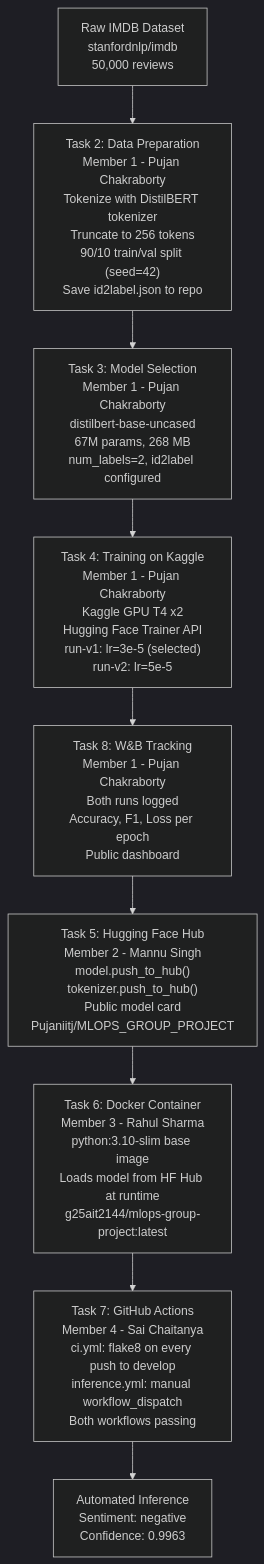
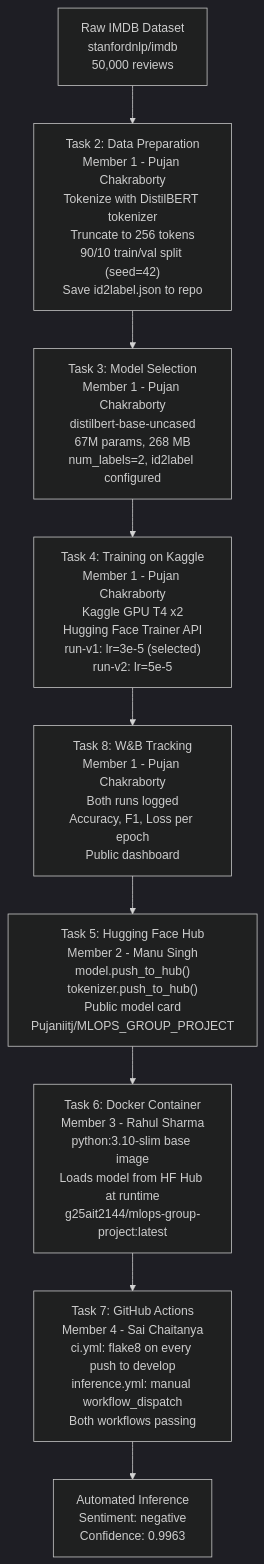
Before and after one commit to pujaniitj/mlops-group-project-iitj: the first of 2 diagrams in README.md, drawn with Mermaid (dark theme). The commit also changed other lines of this file, not shown here.

````diff
--- a/README.md
+++ b/README.md
@@ -50,20 +50,12 @@
 ```mermaid
 flowchart TD
-    A["Raw IMDB Dataset\nstanfordnlp/imdb\n50,000 reviews"] --> B
-
-    B["Task 2: Data Preparation\nMember 1 - Pujan Chakraborty\nTokenize with DistilBERT tokenizer\nTruncate to 256 tokens\n90/10 train/val split (seed=42)\nSave id2label.json to repo"] --> C
-
-    C["Task 3: Model Selection\nMember 1 - Pujan Chakraborty\ndistilbert-base-uncased\n67M params, 268 MB\nnum_labels=2, id2label configured"] --> D
-
-    D["Task 4: Training on Kaggle\nMember 1 - Pujan Chakraborty\nKaggle GPU T4 x2\nHugging Face Trainer API\nrun-v1: lr=3e-5 (selected)\nrun-v2: lr=5e-5"] --> E
-
-    E["Task 8: W&B Tracking\nMember 1 - Pujan Chakraborty\nBoth runs logged\nAccuracy, F1, Loss per epoch\nPublic dashboard"] --> F
-
-    F["Task 5: Hugging Face Hub\nMember 2 - Mannu Singh\nmodel.push_to_hub()\ntokenizer.push_to_hub()\nPublic model card\nPujaniitj/MLOPS_GROUP_PROJECT"] --> G
-
-    G["Task 6: Docker Container\nMember 3 - Rahul Sharma\npython:3.10-slim base image\nLoads model from HF Hub at runtime\ng25ait2144/mlops-group-project:latest"] --> H
-
-    H["Task 7: GitHub Actions\nMember 4 - Sai Chaitanya\nci.yml: flake8 on every push to develop\ninference.yml: manual workflow_dispatch\nBoth workflows passing"] --> I
-
-    I["Automated Inference\nSentiment: negative\nConfidence: 0.9963"]
+    A["Raw IMDB Dataset<br/>stanfordnlp/imdb<br/>50,000 reviews"] --> B
+    B["Task 2: Data Preparation<br/>Member 1 - Pujan Chakraborty<br/>Tokenize with DistilBERT tokenizer<br/>Truncate to 256 tokens<br/>90/10 train/val split (seed=42)<br/>Save id2label.json to repo"] --> C
+    C["Task 3: Model Selection<br/>Member 1 - Pujan Chakraborty<br/>distilbert-base-uncased<br/>67M params, 268 MB<br/>num_labels=2, id2label configured"] --> D
+    D["Task 4: Training on Kaggle<br/>Member 1 - Pujan Chakraborty<br/>Kaggle GPU T4 x2<br/>Hugging Face Trainer API<br/>run-v1: lr=3e-5 (selected)<br/>run-v2: lr=5e-5"] --> E
+    E["Task 8: W&B Tracking<br/>Member 1 - Pujan Chakraborty<br/>Both runs logged<br/>Accuracy, F1, Loss per epoch<br/>Public dashboard"] --> F
+    F["Task 5: Hugging Face Hub<br/>Member 2 - Manu Singh<br/>model.push_to_hub()<br/>tokenizer.push_to_hub()<br/>Public model card<br/>Pujaniitj/MLOPS_GROUP_PROJECT"] --> G
+    G["Task 6: Docker Container<br/>Member 3 - Rahul Sharma<br/>python:3.10-slim base image<br/>Loads model from HF Hub at runtime<br/>g25ait2144/mlops-group-project:latest"] --> H
+    H["Task 7: GitHub Actions<br/>Member 4 - Sai Chaitanya<br/>ci.yml: flake8 on every push to develop<br/>inference.yml: manual workflow_dispatch<br/>Both workflows passing"] --> I
+    I["Automated Inference<br/>Sentiment: negative<br/>Confidence: 0.9963"]
 ```
````
